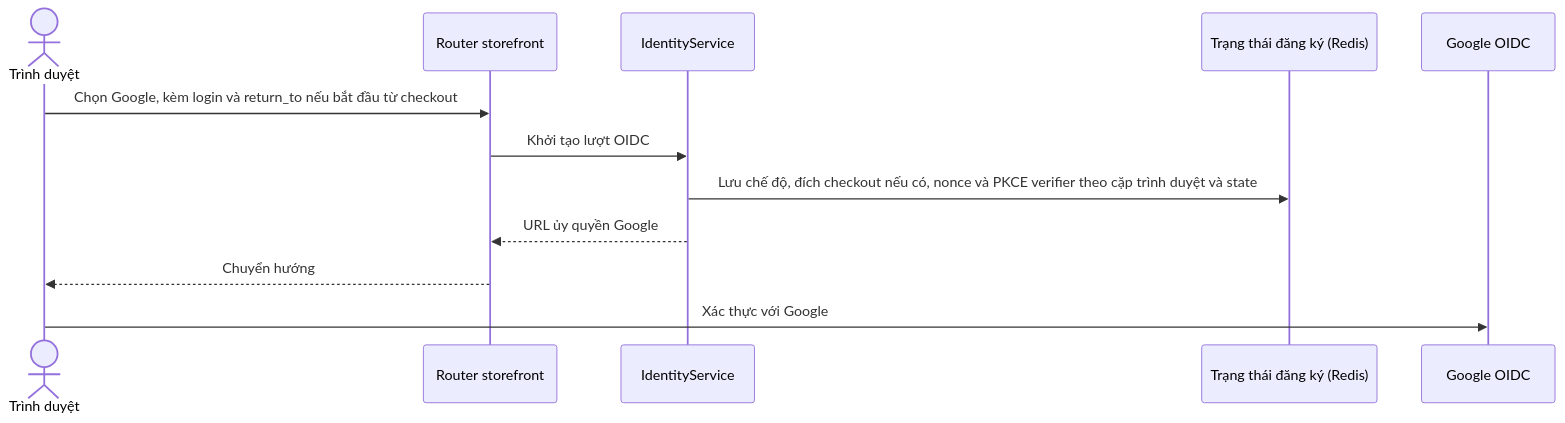
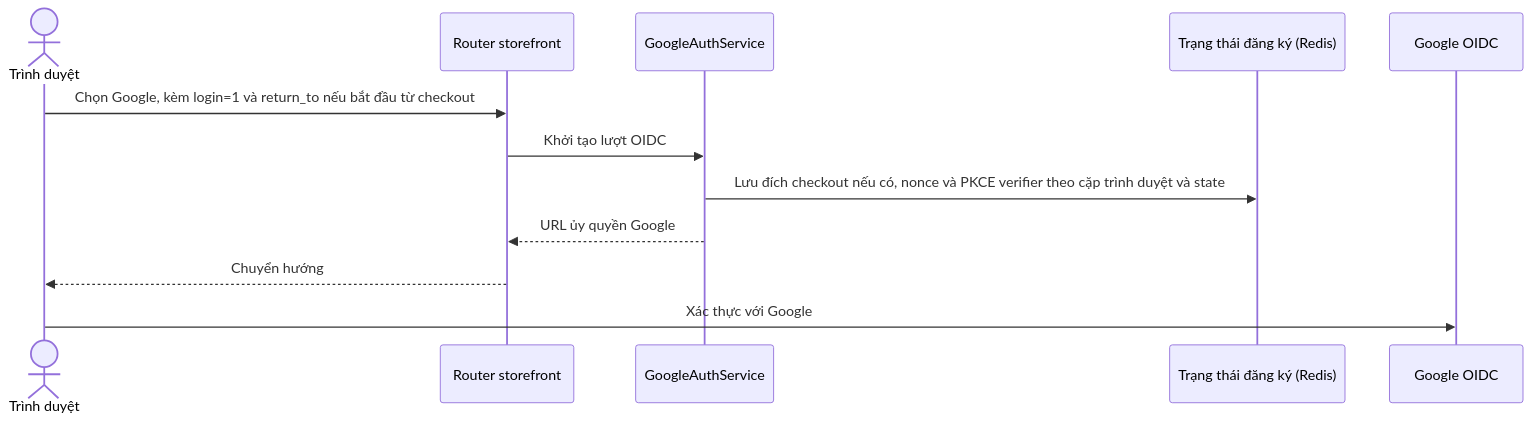
One commit to thanhklt/sobie-swimwear-e-commerce changed the diagram in docs/sequence/identity/get-register-google.md. Above: the diagram before and after it, drawn with Mermaid. The commit also changed 127 other files, not shown here.

````diff
--- a/docs/sequence/identity/get-register-google.md
+++ b/docs/sequence/identity/get-register-google.md
@@ -5,14 +5,14 @@
 ```mermaid
 sequenceDiagram
     actor Browser as Trình duyệt
     participant Route as Router storefront
-    participant Service as IdentityService
+    participant Service as GoogleAuthService
     participant Redis as Trạng thái đăng ký (Redis)
     participant Google as Google OIDC
-    Browser->>Route: Chọn Google, kèm login và return_to nếu bắt đầu từ checkout
+    Browser->>Route: Chọn Google, kèm login=1 và return_to nếu bắt đầu từ checkout
     Route->>Service: Khởi tạo lượt OIDC
-    Service->>Redis: Lưu chế độ, đích checkout nếu có, nonce và PKCE verifier theo cặp trình duyệt và state
+    Service->>Redis: Lưu đích checkout nếu có, nonce và PKCE verifier theo cặp trình duyệt và state
     Service-->>Route: URL ủy quyền Google
     Route-->>Browser: Chuyển hướng
     Browser->>Google: Xác thực với Google
 ```
````
